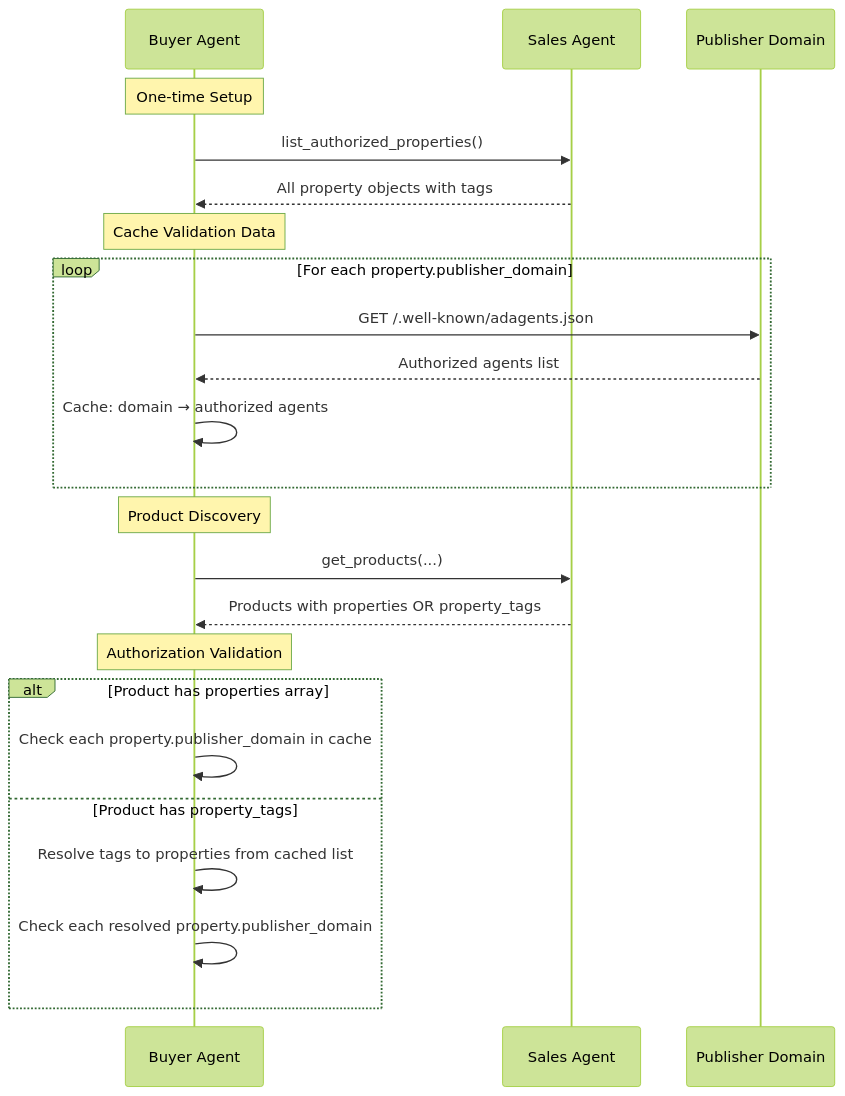
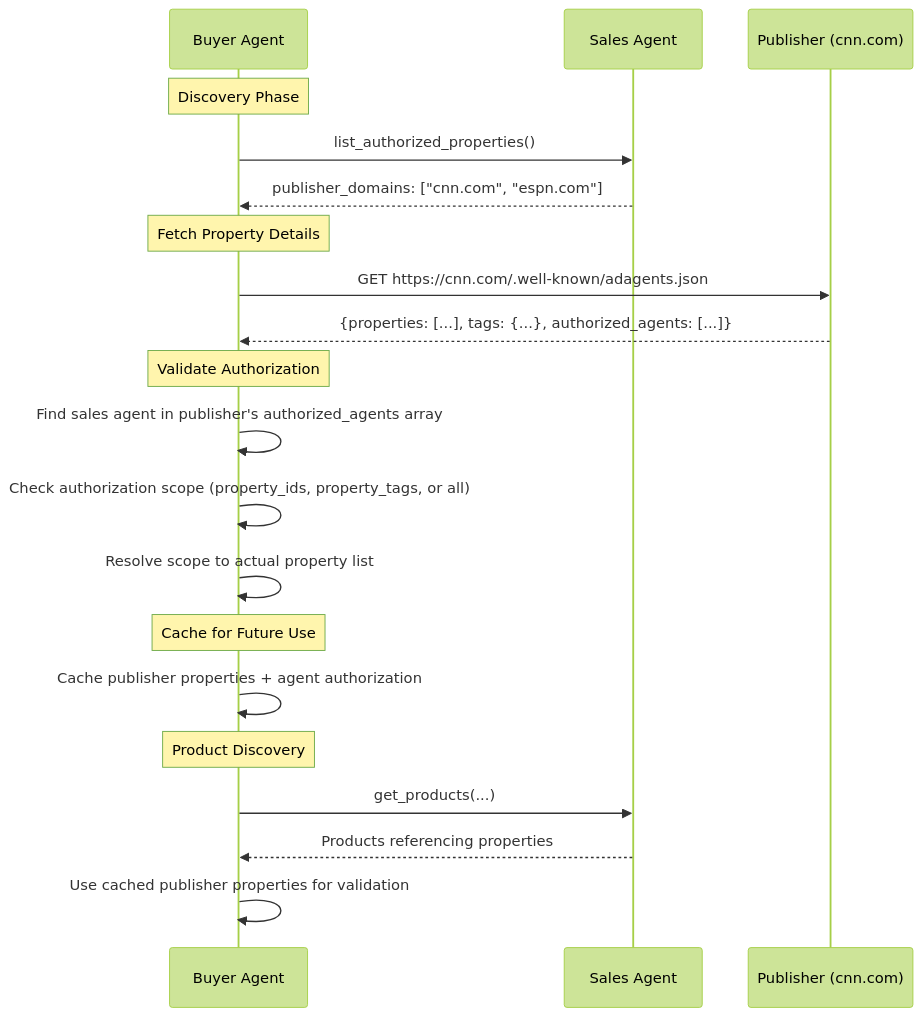
Before and after one commit to adcontextprotocol/adcp: the diagram in docs/media-buy/task-reference/list_authorized_properties.md, drawn with Mermaid (forest theme). The commit also changed other lines of this file and 9 other files, not shown here.

First line of the commit message:
Add publisher_properties for cross-publisher authorization in adagents.json (#147)

````diff
--- a/docs/media-buy/task-reference/list_authorized_properties.md
+++ b/docs/media-buy/task-reference/list_authorized_properties.md
@@ -133,29 +65,27 @@
 ```mermaid
 sequenceDiagram
     participant Buyer as Buyer Agent
     participant Sales as Sales Agent
-    participant Publisher as Publisher Domain
+    participant Publisher as Publisher (cnn.com)
 
-    Note over Buyer: One-time Setup
+    Note over Buyer: Discovery Phase
     Buyer->>Sales: list_authorized_properties()
-    Sales-->>Buyer: All property objects with tags
-    
-    Note over Buyer: Cache Validation Data
-    loop For each property.publisher_domain
-        Buyer->>Publisher: GET /.well-known/adagents.json
-        Publisher-->>Buyer: Authorized agents list
-        Buyer->>Buyer: Cache: domain → authorized agents
-    end
-    
+    Sales-->>Buyer: publisher_domains: ["cnn.com", "espn.com"]
+
+    Note over Buyer: Fetch Property Details
+    Buyer->>Publisher: GET https://cnn.com/.well-known/adagents.json
+    Publisher-->>Buyer: {properties: [...], tags: {...}, authorized_agents: [...]}
+
+    Note over Buyer: Validate Authorization
+    Buyer->>Buyer: Find sales agent in publisher's authorized_agents array
+    Buyer->>Buyer: Check authorization scope (property_ids, property_tags, or all)
+    Buyer->>Buyer: Resolve scope to actual property list
+
+    Note over Buyer: Cache for Future Use
+    Buyer->>Buyer: Cache publisher properties + agent authorization
+
     Note over Buyer: Product Discovery
     Buyer->>Sales: get_products(...)
-    Sales-->>Buyer: Products with properties OR property_tags
-    
-    Note over Buyer: Authorization Validation
-    alt Product has properties array
-        Buyer->>Buyer: Check each property.publisher_domain in cache
-    else Product has property_tags
-        Buyer->>Buyer: Resolve tags to properties from cached list
-        Buyer->>Buyer: Check each resolved property.publisher_domain
-    end
+    Sales-->>Buyer: Products referencing properties
+    Buyer->>Buyer: Use cached publisher properties for validation
 ```
````
